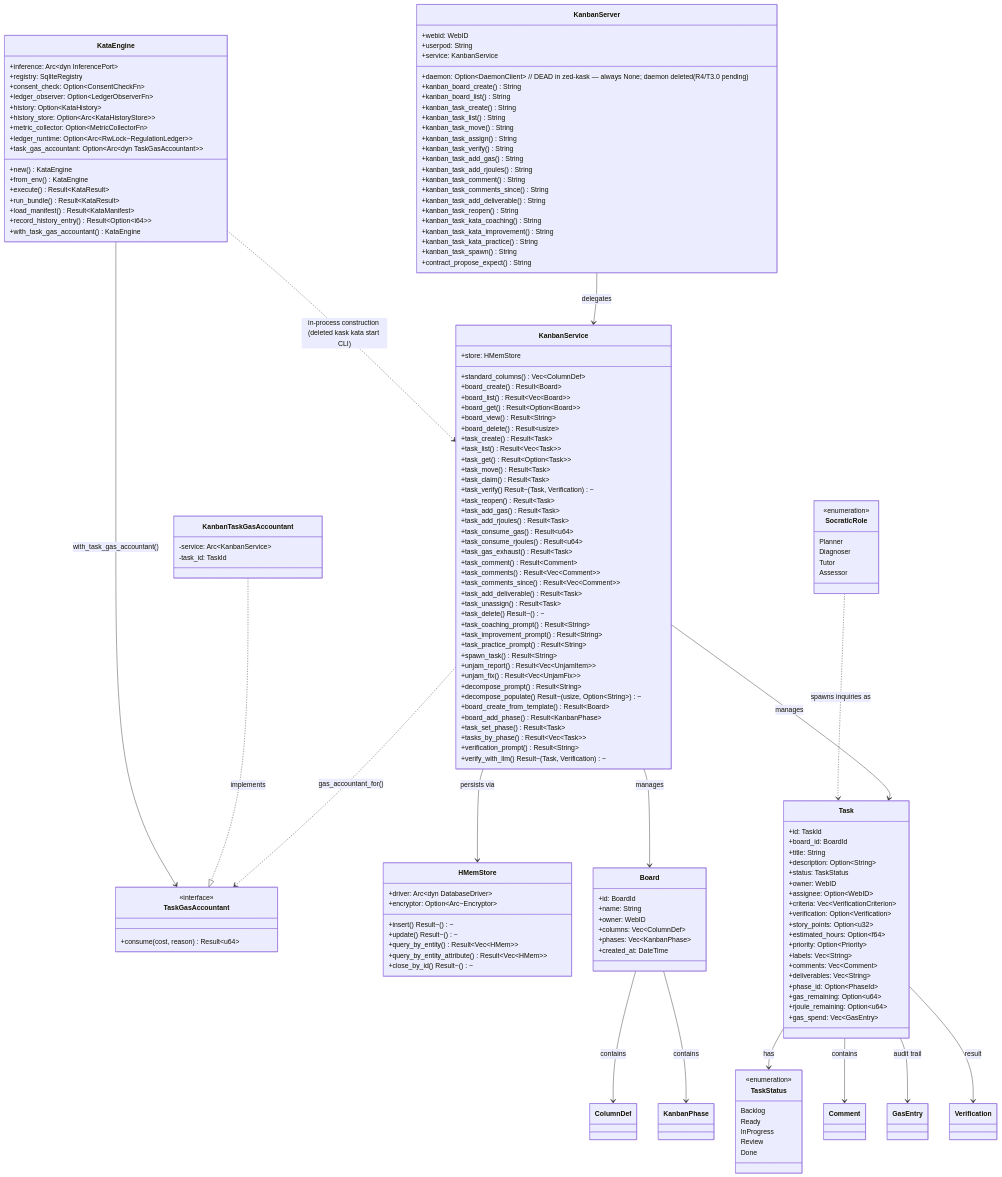
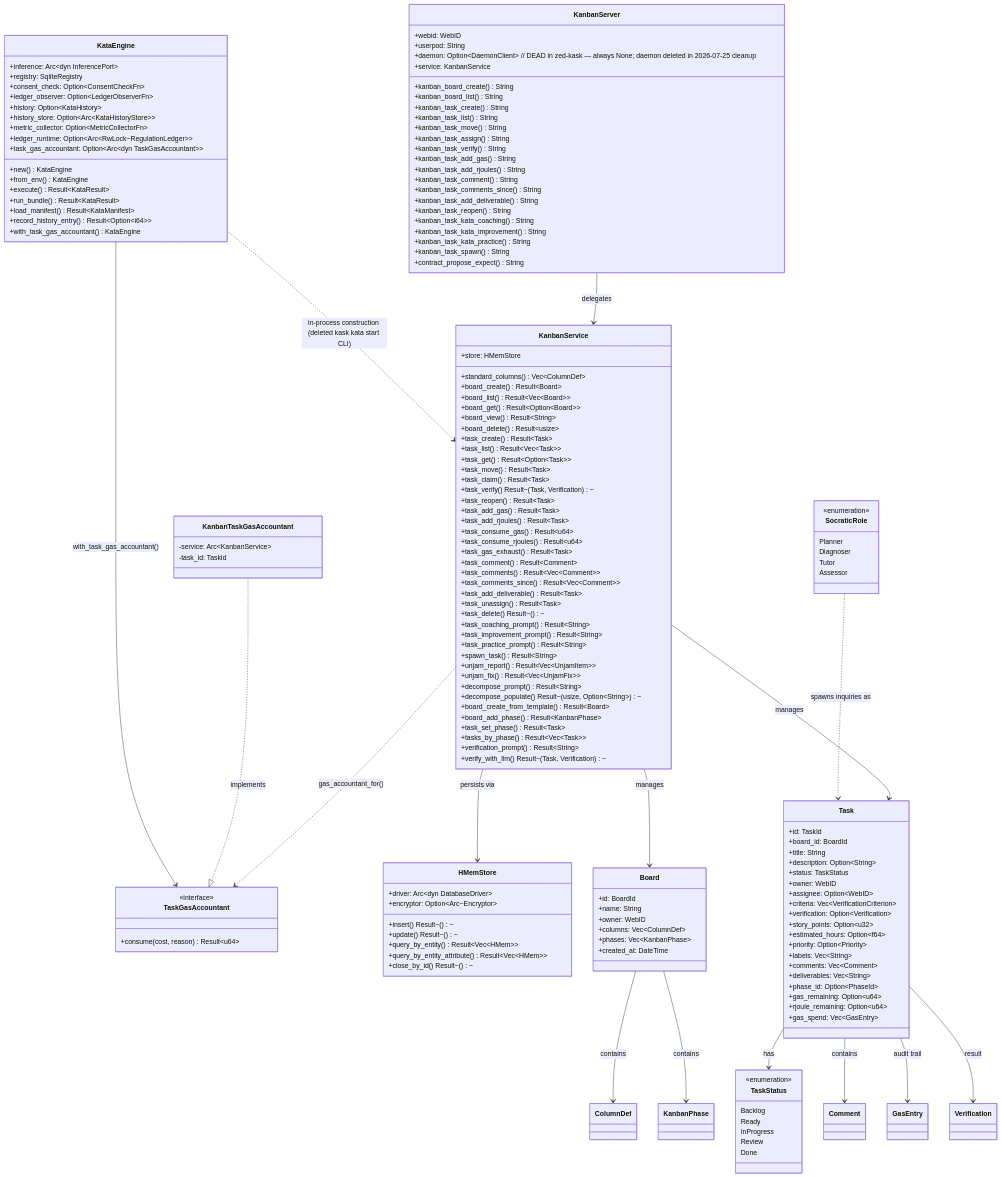
Before and after one commit to mdz-axo/zed-kask: the diagram in kask/docs/reference/mcp-servers/README.md, drawn with Mermaid. The commit also changed other lines of this file and 15 other files, not shown here.

First line of the commit message:
Deep clean: fix stale references, rewrite architecture docs

```diff
--- a/kask/docs/reference/mcp-servers/README.md
+++ b/kask/docs/reference/mcp-servers/README.md
@@ -91,7 +91,7 @@
     class KanbanServer {
         +webid: WebID
         +userpod: String
-        +daemon: Option~DaemonClient~  // DEAD in zed-kask — always None; daemon deleted (R4/T3.0 pending)
+        +daemon: Option~DaemonClient~  // DEAD in zed-kask — always None; daemon deleted in 2026-07-25 cleanup
         +service: KanbanService
         +kanban_board_create() String
         +kanban_board_list() String
```
